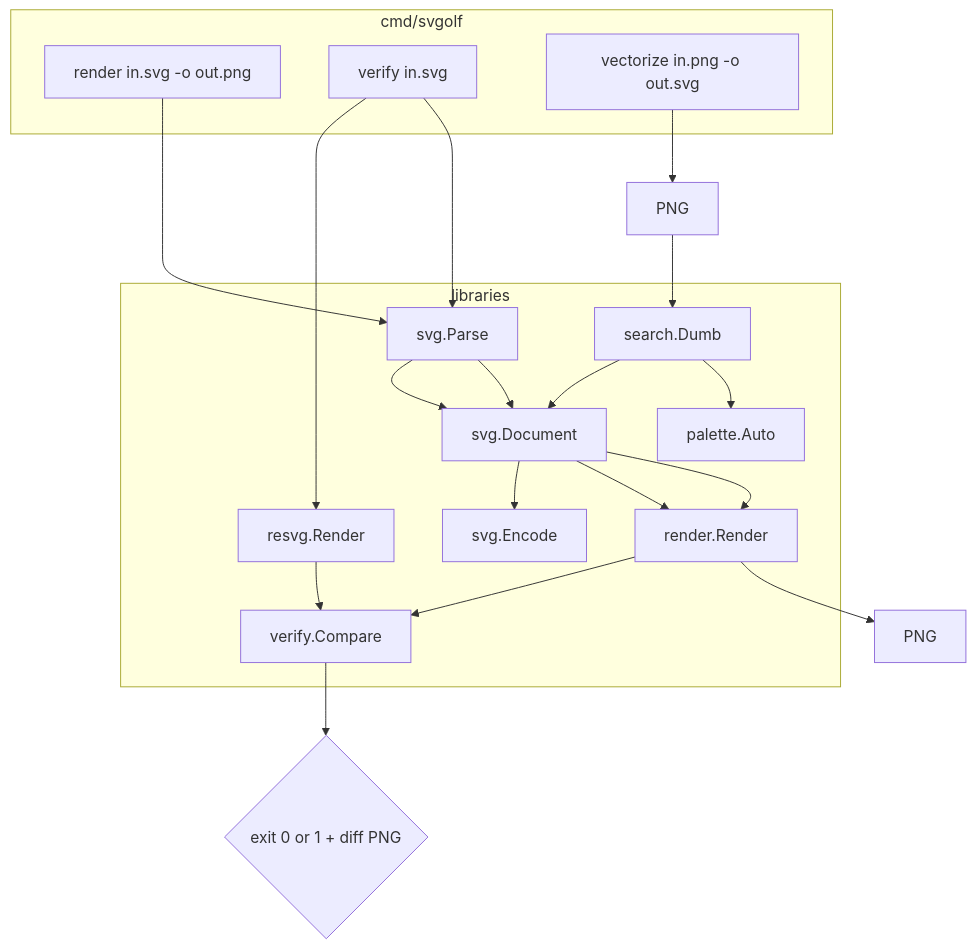
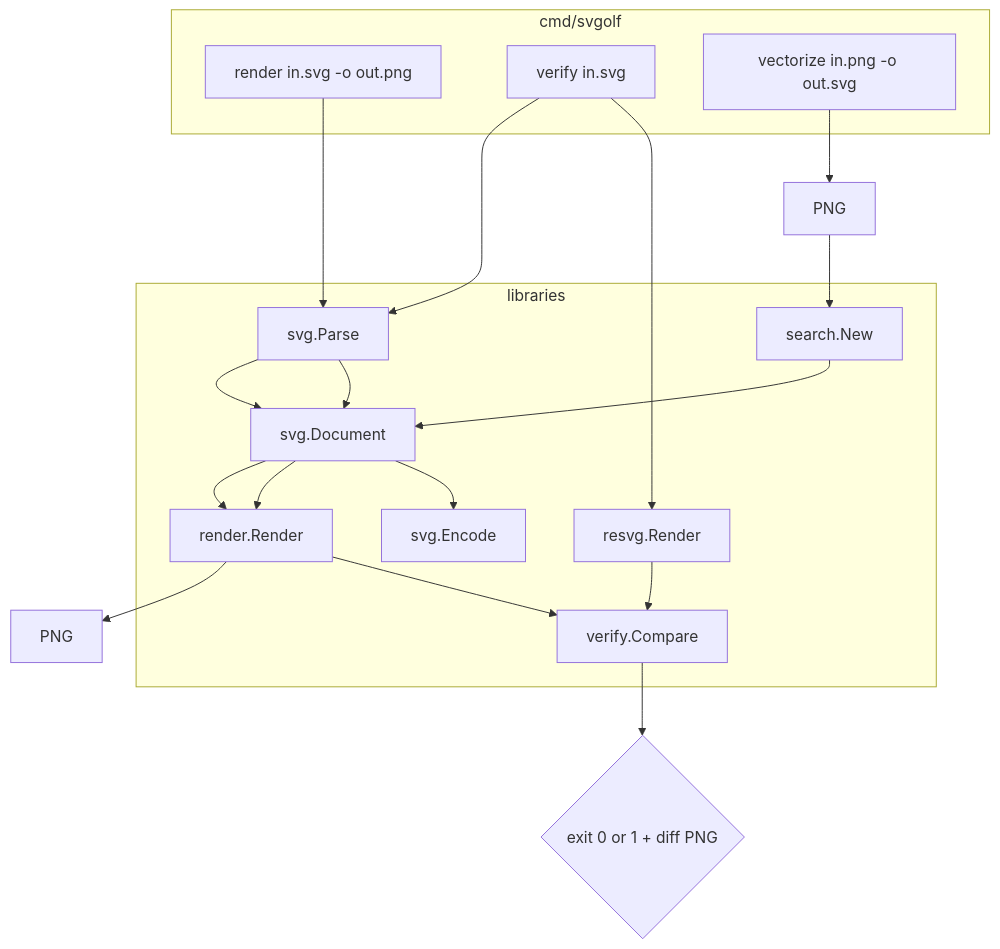
Before and after one commit to lewtec/svgolf: the first of 5 diagrams in SPEC.md, drawn with Mermaid. The commit also changed other lines of this file and 16 other files, not shown here.

First line of the commit message:
refactor(search): isolate Dumb behind prelude

````diff
--- a/SPEC.md
+++ b/SPEC.md
@@ -165,38 +161,36 @@
 ```mermaid
 flowchart TB
   subgraph cli [cmd/svgolf]
     renderCmd["render in.svg -o out.png"]
     verifyCmd["verify in.svg"]
     vectorizeCmd["vectorize in.png -o out.svg"]
   end
 
   subgraph lib [libraries]
     parse[svg.Parse]
     encode[svg.Encode]
     tree[svg.Document]
     rend[render.Render]
-    searchAd[search.Dumb]
-    pal[palette.Auto]
+    searchAd[search.New]
     oracle[resvg.Render]
     cmp[verify.Compare]
   end
 
   renderCmd --> parse
   parse --> tree
   tree --> rend
   rend --> pngOut[PNG]
 
   verifyCmd --> parse
   verifyCmd --> oracle
   parse --> tree
   tree --> rend
   rend --> cmp
   oracle --> cmp
   cmp --> exit{exit 0 or 1 + diff PNG}
 
   vectorizeCmd --> pngIn[PNG]
   pngIn --> searchAd
-  searchAd --> pal
   searchAd --> tree
   tree --> encode
 ```
````
